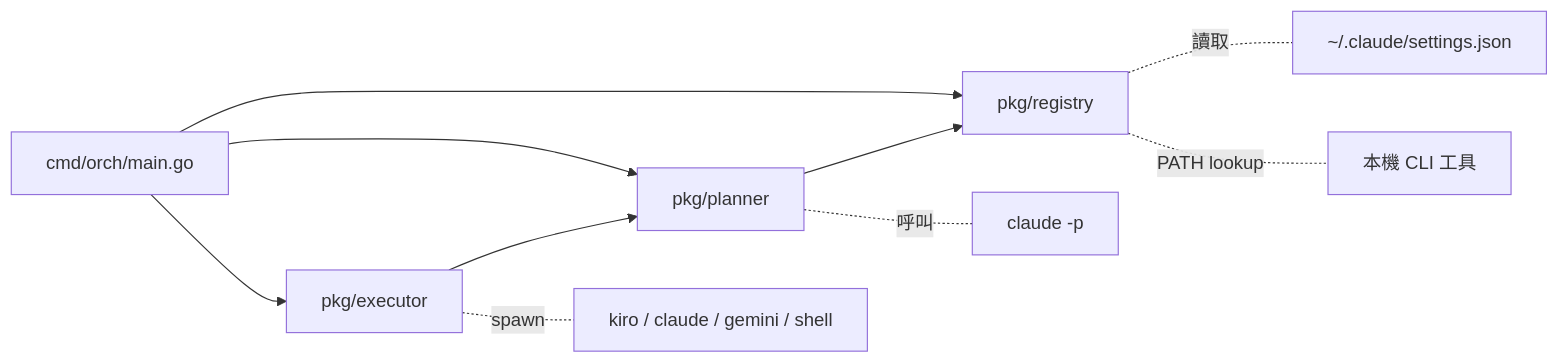
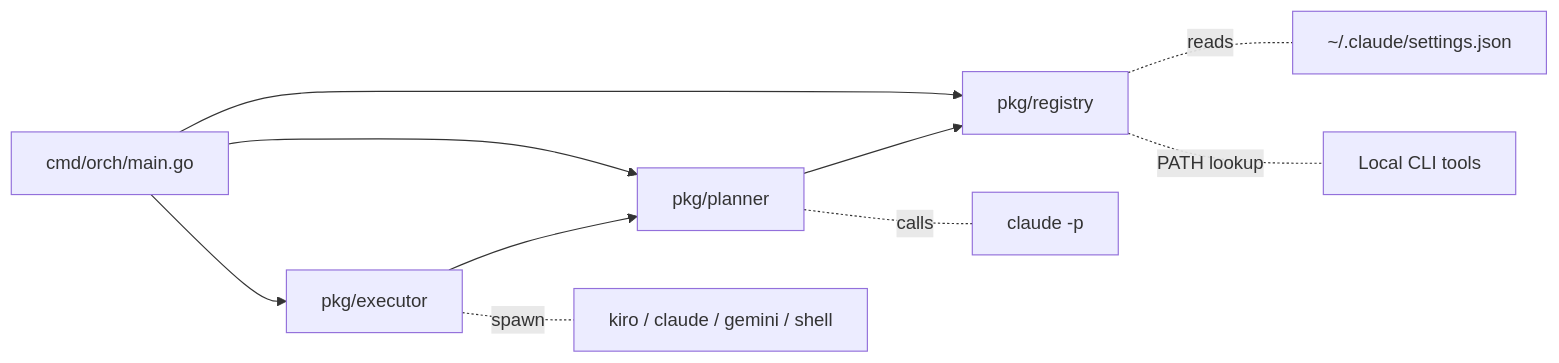
One commit to GordonWei/orch changed the second of 3 diagrams in docs/flow.md. Above: the diagram before and after it, drawn with Mermaid. The commit also changed other lines of this file and 19 other files, not shown here.

````diff
--- a/docs/flow.md
+++ b/docs/flow.md
@@ -99,13 +99,13 @@
 ```mermaid
 graph LR
     CMD[cmd/orch/main.go] --> REG[pkg/registry]
     CMD --> PLN[pkg/planner]
     CMD --> EXE[pkg/executor]
     PLN --> REG
     EXE --> PLN
 
-    REG -.-|讀取| CONF[~/.claude/settings.json]
-    REG -.-|PATH lookup| BIN[本機 CLI 工具]
-    PLN -.-|呼叫| CLAUDE[claude -p]
+    REG -.-|reads| CONF[~/.claude/settings.json]
+    REG -.-|PATH lookup| BIN[Local CLI tools]
+    PLN -.-|calls| CLAUDE[claude -p]
     EXE -.-|spawn| AGENTS[kiro / claude / gemini / shell]
 ```
````
